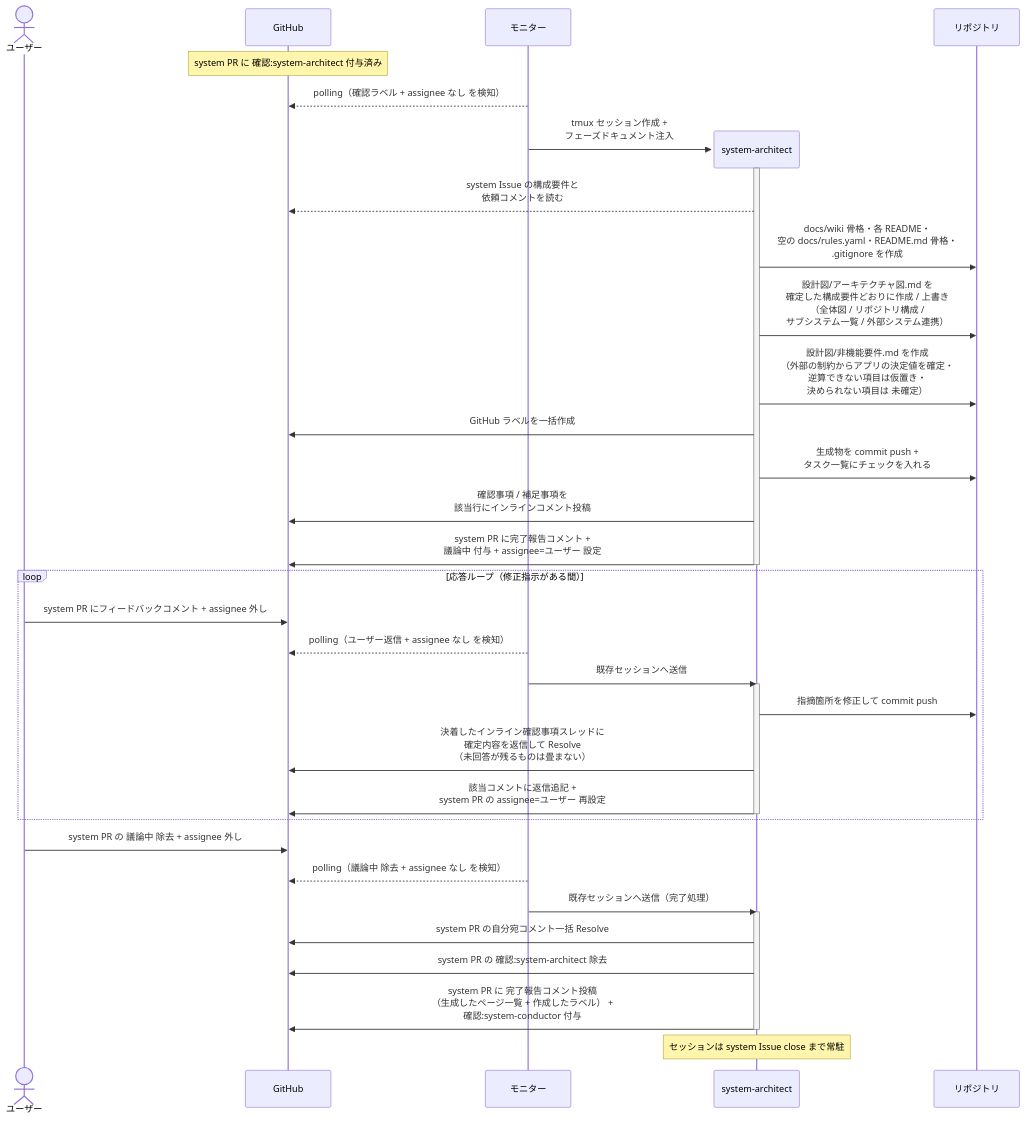
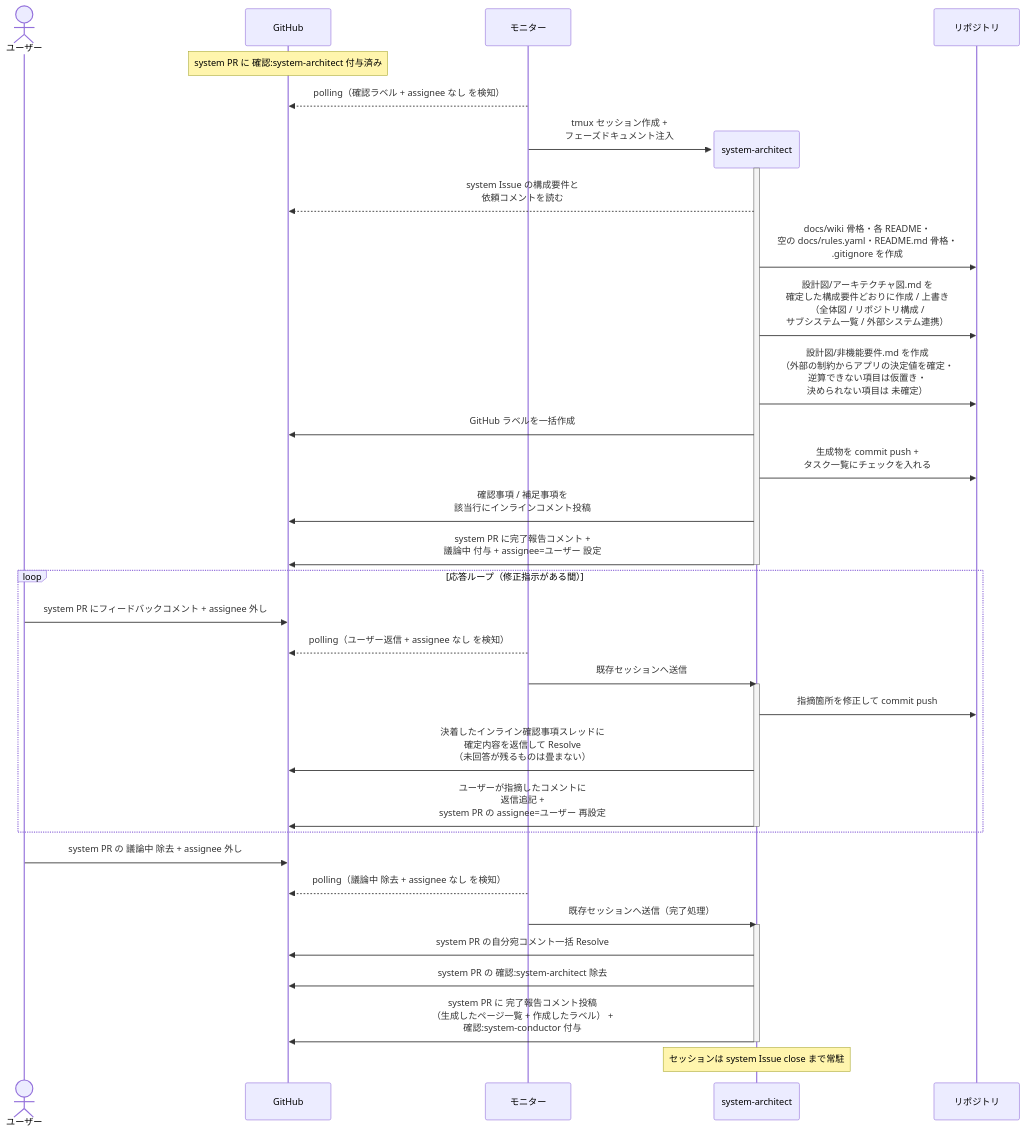
One commit to shuhei1101/ai-monitor changed the diagram in docs/wiki/設計図/シナリオ/単一ユースケース/システム土台生成.md. Above: the diagram before and after it, drawn with Mermaid. The commit also changed other lines of this file and 7 other files, not shown here.

````diff
--- a/docs/wiki/設計図/シナリオ/単一ユースケース/システム土台生成.md
+++ b/docs/wiki/設計図/シナリオ/単一ユースケース/システム土台生成.md
@@ -29,43 +29,43 @@
 ```mermaid
 sequenceDiagram
   actor U as ユーザー
   participant GH as GitHub
   participant ORC as モニター
 
   Note over GH: system PR に 確認:system-architect 付与済み
   ORC-->>GH: polling（確認ラベル + assignee なし を検知）
   create participant MON as system-architect
   ORC->>MON: tmux セッション作成 +<br>フェーズドキュメント注入
   activate MON
   participant REPO as リポジトリ
   MON-->>GH: system Issue の構成要件と<br>依頼コメントを読む
   MON->>REPO: docs/wiki 骨格・各 README・<br>空の docs/rules.yaml・README.md 骨格・<br>.gitignore を作成
   MON->>REPO: 設計図/アーキテクチャ図.md を<br>確定した構成要件どおりに作成 / 上書き<br>（全体図 / リポジトリ構成 /<br>サブシステム一覧 / 外部システム連携）
   MON->>REPO: 設計図/非機能要件.md を作成<br>（外部の制約からアプリの決定値を確定・<br>逆算できない項目は仮置き・<br>決められない項目は 未確定）
   MON->>GH: GitHub ラベルを一括作成
   MON->>REPO: 生成物を commit push +<br>タスク一覧にチェックを入れる
   MON->>GH: 確認事項 / 補足事項を<br>該当行にインラインコメント投稿
   MON->>GH: system PR に完了報告コメント +<br>議論中 付与 + assignee=ユーザー 設定
   deactivate MON
 
   loop 応答ループ（修正指示がある間）
     U->>GH: system PR にフィードバックコメント + assignee 外し
     ORC-->>GH: polling（ユーザー返信 + assignee なし を検知）
     ORC->>MON: 既存セッションへ送信
     activate MON
     MON->>REPO: 指摘箇所を修正して commit push
     MON->>GH: 決着したインライン確認事項スレッドに<br>確定内容を返信して Resolve<br>（未回答が残るものは畳まない）
-    MON->>GH: 該当コメントに返信追記 +<br>system PR の assignee=ユーザー 再設定
+    MON->>GH: ユーザーが指摘したコメントに<br>返信追記 +<br>system PR の assignee=ユーザー 再設定
     deactivate MON
   end
 
   U->>GH: system PR の 議論中 除去 + assignee 外し
   ORC-->>GH: polling（議論中 除去 + assignee なし を検知）
   ORC->>MON: 既存セッションへ送信（完了処理）
   activate MON
   MON->>GH: system PR の自分宛コメント一括 Resolve
   MON->>GH: system PR の 確認:system-architect 除去
   MON->>GH: system PR に 完了報告コメント投稿<br>（生成したページ一覧 + 作成したラベル） +<br>確認:system-conductor 付与
   deactivate MON
   Note over MON: セッションは system Issue close まで常駐
 ```
````
